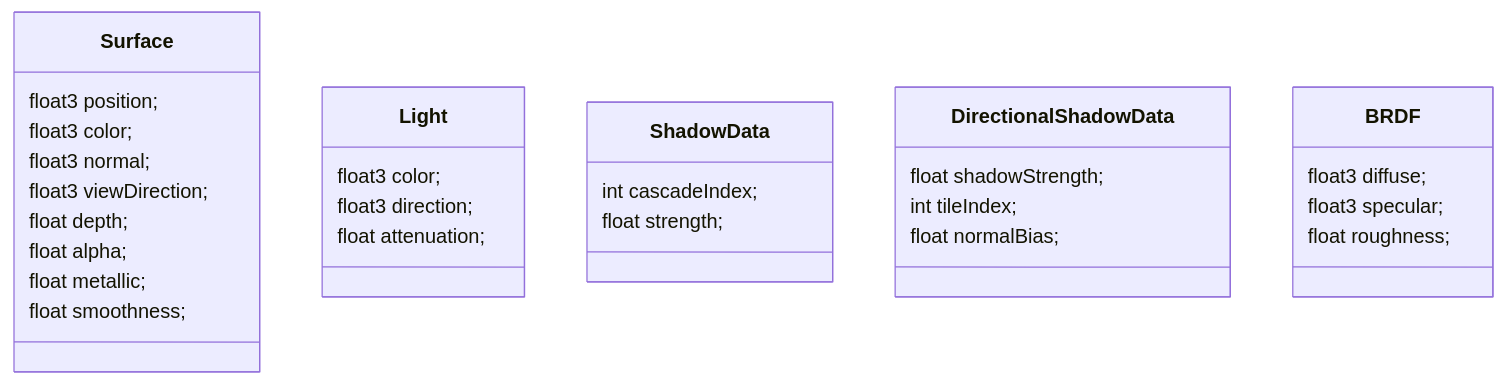
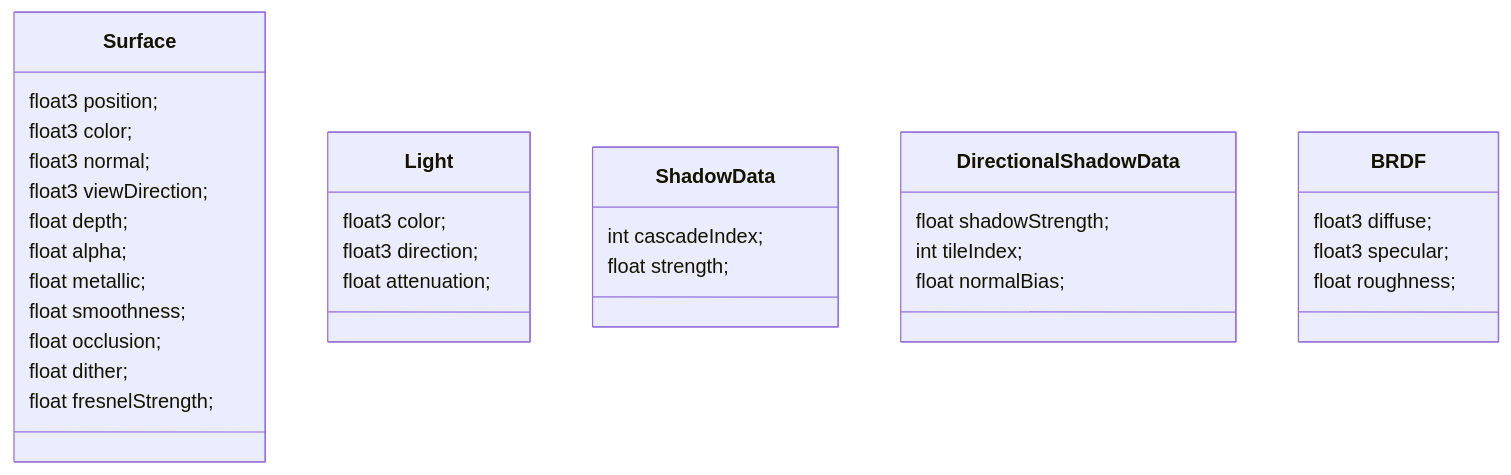
Before and after one commit to sherererlock/ScripteRenderPipeline: the second of 3 diagrams in srp/CustomRenderPipeline.md, drawn with Mermaid. The commit also changed other lines of this file and 1 other file, not shown here.

````diff
--- a/srp/CustomRenderPipeline.md
+++ b/srp/CustomRenderPipeline.md
@@ -71,38 +71,41 @@
 ```mermaid
 classDiagram
 class Surface{
     float3 position;
     float3 color;
     float3 normal;
     float3 viewDirection;
     float depth;
     float alpha;
     float metallic;
-    float smoothness;	
+    float smoothness;
+    float occlusion;
+    float dither;
+    float fresnelStrength; 
 }
 
 class Light{
     float3 color;
     float3 direction;
     float attenuation;
 }
 
 class ShadowData{
 	int cascadeIndex;
 	float strength;
 }
 
 class DirectionalShadowData {
 	float shadowStrength;
 	int tileIndex;
 	float normalBias;
 }
 
 class BRDF {
     float3 diffuse;
     float3 specular;
     float roughness;
 }
 
 
 ```
````
